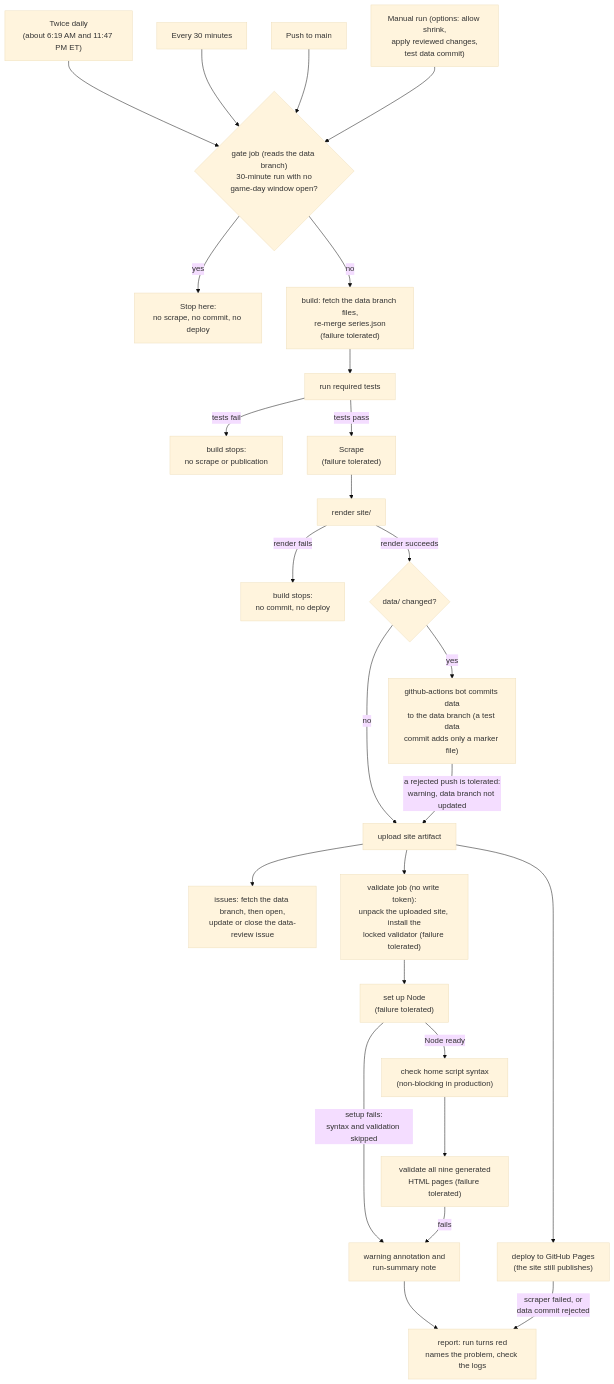
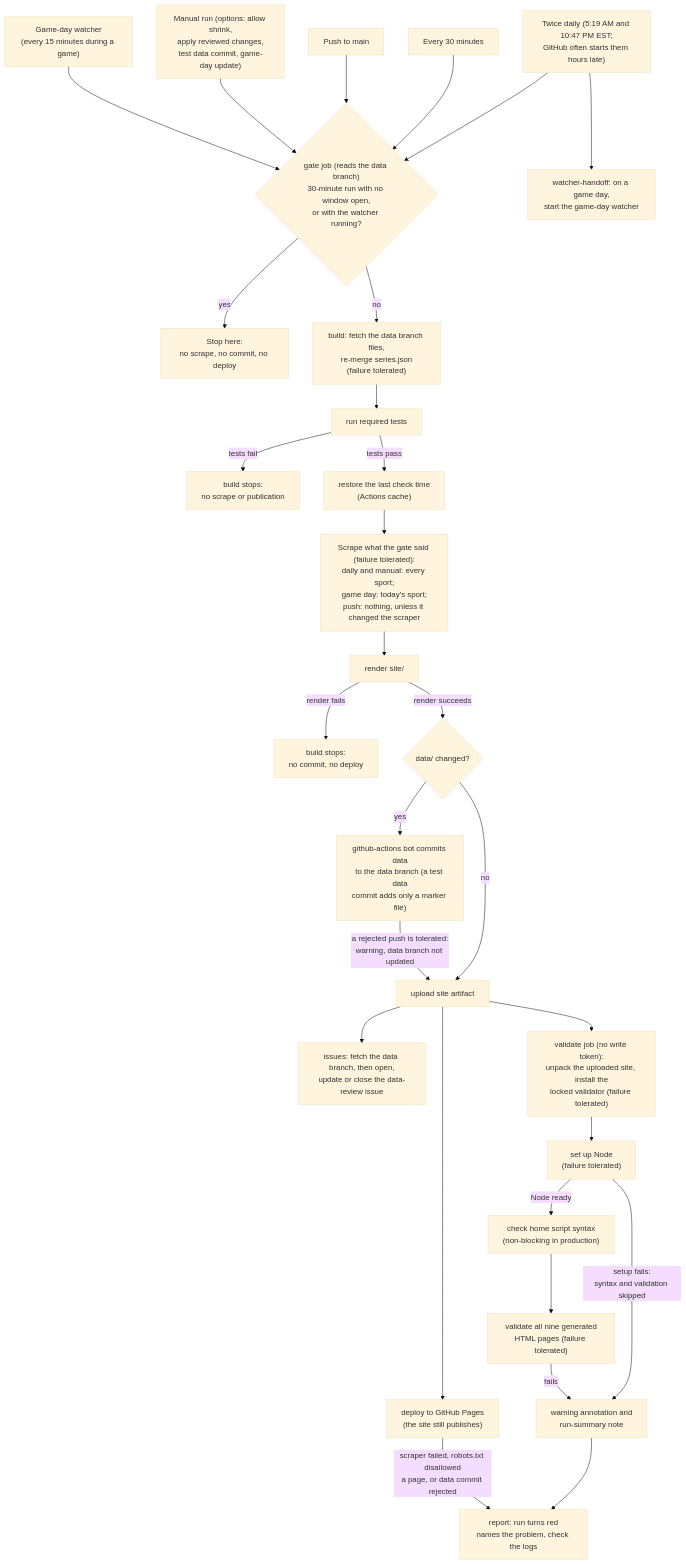
The second of 4 diagrams in README.md (jacksonmote/DePauw-vs-Wabash-web), drawn with Mermaid (base theme) before and after one commit. The commit also changed other lines of this file and 4 other files, not shown here.

First line of the commit message:
Docs: politeness, run scopes, Last checked and the game-day watcher

````diff
--- a/README.md
+++ b/README.md
@@ -232,29 +247,32 @@
 ```mermaid
 flowchart TD
-  T1["Twice daily<br/>(about 6:19 AM and 11:47 PM ET)"] --> G
+  T1["Twice daily (5:19 AM and 10:47 PM EST;<br/>GitHub often starts them hours late)"] --> G
+  T1 --> HO["watcher-handoff: on a game day,<br/>start the game-day watcher"]
   T2["Every 30 minutes"] --> G
   T3["Push to main"] --> G
-  T4["Manual run (options: allow shrink,<br/>apply reviewed changes,<br/>test data commit)"] --> G
-  G{"gate job (reads the data branch)<br/>30-minute run with no<br/>game-day window open?"}
+  T4["Manual run (options: allow shrink,<br/>apply reviewed changes,<br/>test data commit, game-day update)"] --> G
+  T5["Game-day watcher<br/>(every 15 minutes during a game)"] --> G
+  G{"gate job (reads the data branch)<br/>30-minute run with no window open,<br/>or with the watcher running?"}
   G -- "yes" --> X["Stop here:<br/>no scrape, no commit, no deploy"]
   G -- "no" --> F["build: fetch the data branch files,<br/>re-merge series.json<br/>(failure tolerated)"]
   F --> B["run required tests"]
   B -- "tests fail" --> TF["build stops:<br/>no scrape or publication"]
-  B -- "tests pass" --> S["Scrape<br/>(failure tolerated)"]
+  B -- "tests pass" --> LC2["restore the last check time<br/>(Actions cache)"]
+  LC2 --> S["Scrape what the gate said (failure tolerated):<br/>daily and manual: every sport;<br/>game day: today's sport;<br/>push: nothing, unless it changed the scraper"]
   S --> R["render site/"]
   R -- "render fails" --> RF["build stops:<br/>no commit, no deploy"]
   R -- "render succeeds" --> C{"data/ changed?"}
   C -- "yes" --> CM["github-actions bot commits data<br/>to the data branch (a test data<br/>commit adds only a marker file)"]
   C -- "no" --> U
   CM -- "a rejected push is tolerated:<br/>warning, data branch not updated" --> U["upload site artifact"]
   U --> D["deploy to GitHub Pages<br/>(the site still publishes)"]
   U --> IS["issues: fetch the data branch, then open,<br/>update or close the data-review issue"]
   U --> VJ["validate job (no write token):<br/>unpack the uploaded site, install the<br/>locked validator (failure tolerated)"]
   VJ --> N["set up Node<br/>(failure tolerated)"]
   N -- "Node ready" --> JS["check home script syntax<br/>(non-blocking in production)"]
   JS --> V["validate all nine generated<br/>HTML pages (failure tolerated)"]
   N -- "setup fails:<br/>syntax and validation skipped" --> W["warning annotation and<br/>run-summary note"]
   V -- "fails" --> W
   W --> RP
-  D -- "scraper failed, or<br/>data commit rejected" --> RP["report: run turns red<br/>names the problem, check the logs"]
+  D -- "scraper failed, robots.txt disallowed<br/>a page, or data commit rejected" --> RP["report: run turns red<br/>names the problem, check the logs"]
 ```
````
